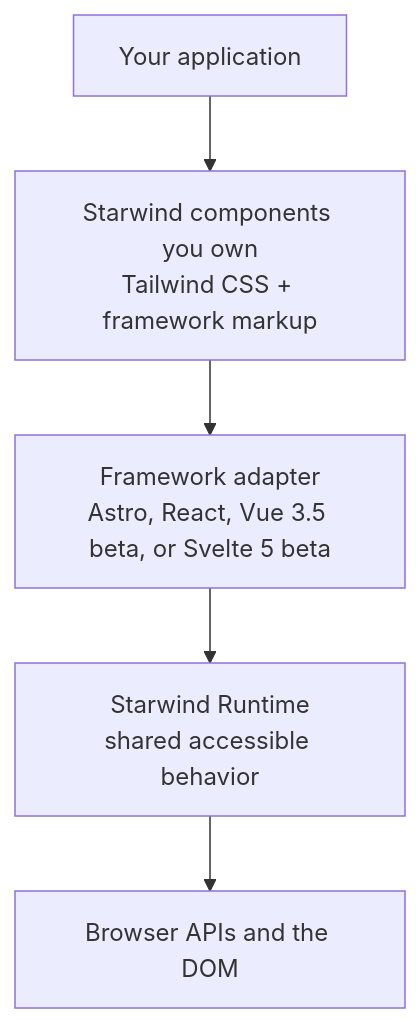
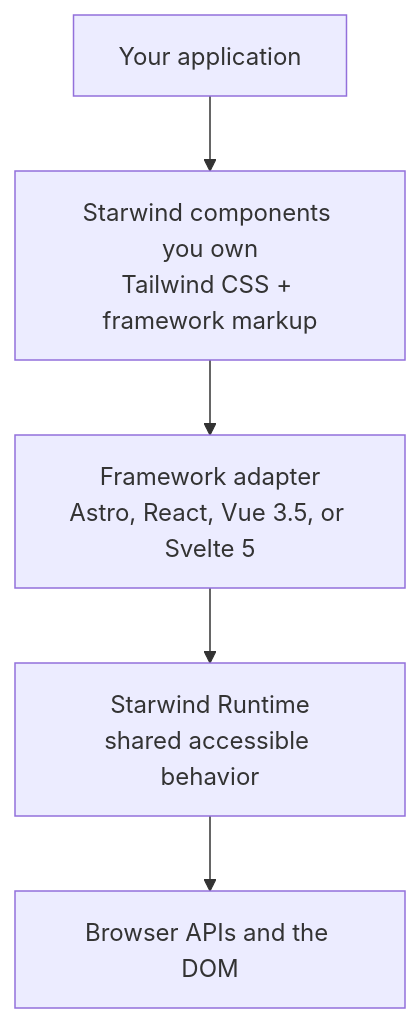
One commit to starwind-ui/starwind-ui changed the diagram in README.md. Above: the diagram before and after it, drawn with Mermaid. The commit also changed other lines of this file and 2375 other files, not shown here.

First line of the commit message:
feat: stable Vue and Svelte, Chart, RTL support and Runtime fixes for 1.6.0 (#299)

````diff
--- a/README.md
+++ b/README.md
@@ -77,13 +73,13 @@
 ```mermaid
 flowchart TD
   App["Your application"]
   Components["Starwind components you own<br/>Tailwind CSS + framework markup"]
-  Adapter["Framework adapter<br/>Astro, React, Vue 3.5 beta, or Svelte 5 beta"]
+  Adapter["Framework adapter<br/>Astro, React, Vue 3.5, or Svelte 5"]
   Runtime["Starwind Runtime<br/>shared accessible behavior"]
   Browser["Browser APIs and the DOM"]
 
   App --> Components
   Components --> Adapter
   Adapter --> Runtime
   Runtime --> Browser
 ```
````
